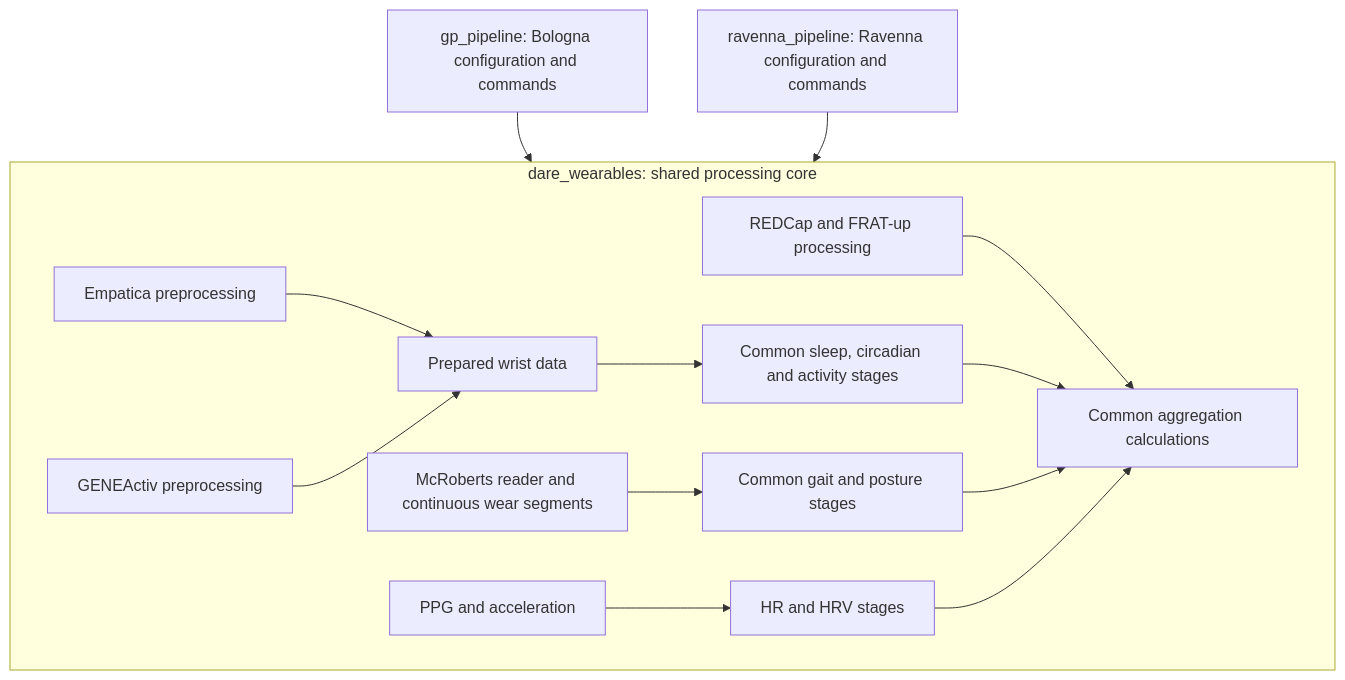
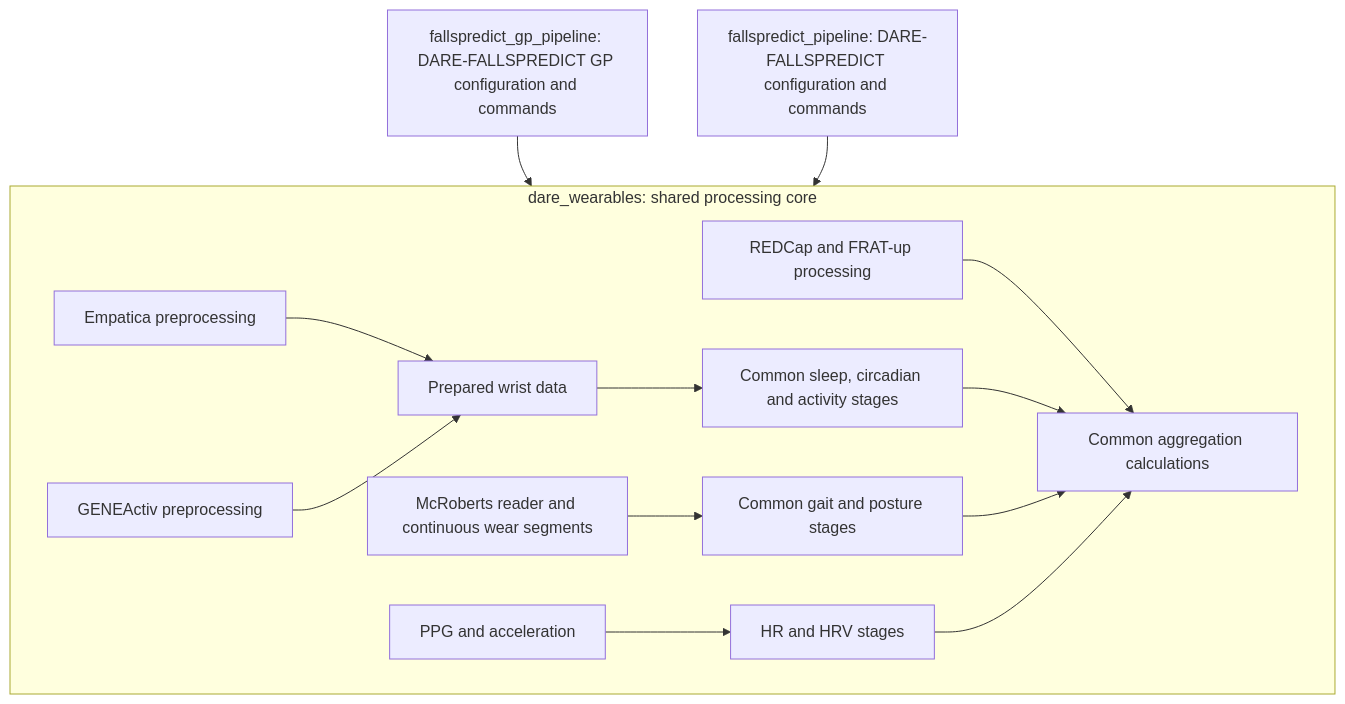
The first of 2 diagrams in docs/pipeline_diagram.md (marcellosicbaldi/DARE-wearable-pipelines), drawn with Mermaid before and after one commit. The commit also changed other lines of this file and 222 other files, not shown here.

````diff
--- a/docs/pipeline_diagram.md
+++ b/docs/pipeline_diagram.md
@@ -7,16 +7,16 @@
 ```mermaid
 flowchart TD
-    BO["gp_pipeline: Bologna configuration and commands"] --> CORE
-    RA["ravenna_pipeline: Ravenna configuration and commands"] --> CORE
+    BO["fallspredict_gp_pipeline: DARE-FALLSPREDICT GP configuration and commands"] --> CORE
+    RA["fallspredict_pipeline: DARE-FALLSPREDICT configuration and commands"] --> CORE
     subgraph CORE["dare_wearables: shared processing core"]
         EMP["Empatica preprocessing"] --> PRE["Prepared wrist data"]
         GEN["GENEActiv preprocessing"] --> PRE
         PRE --> WRIST["Common sleep, circadian and activity stages"]
         IMU["McRoberts reader and continuous wear segments"] --> LB["Common gait and posture stages"]
         PPG["PPG and acceleration"] --> HR["HR and HRV stages"]
         CLINICAL["REDCap and FRAT-up processing"] --> AGG["Common aggregation calculations"]
         WRIST --> AGG
         LB --> AGG
         HR --> AGG
     end
 ```
````
